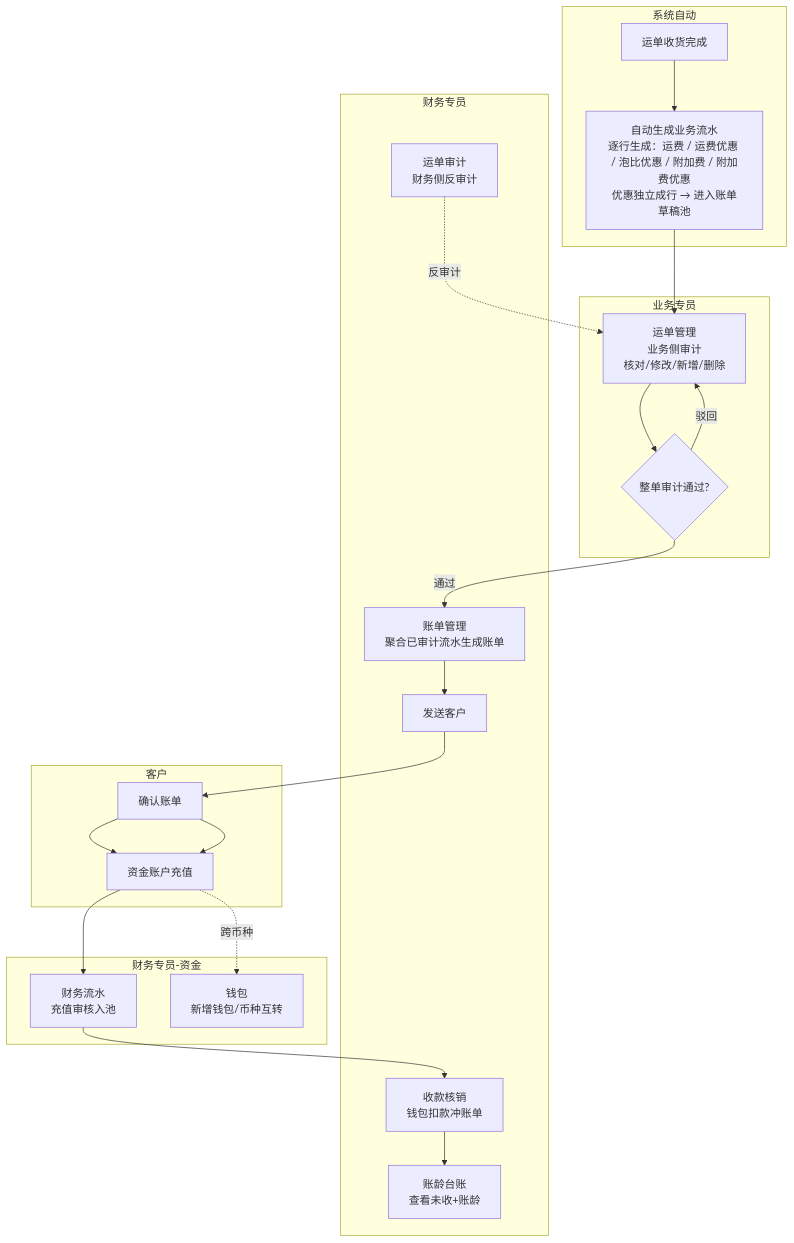
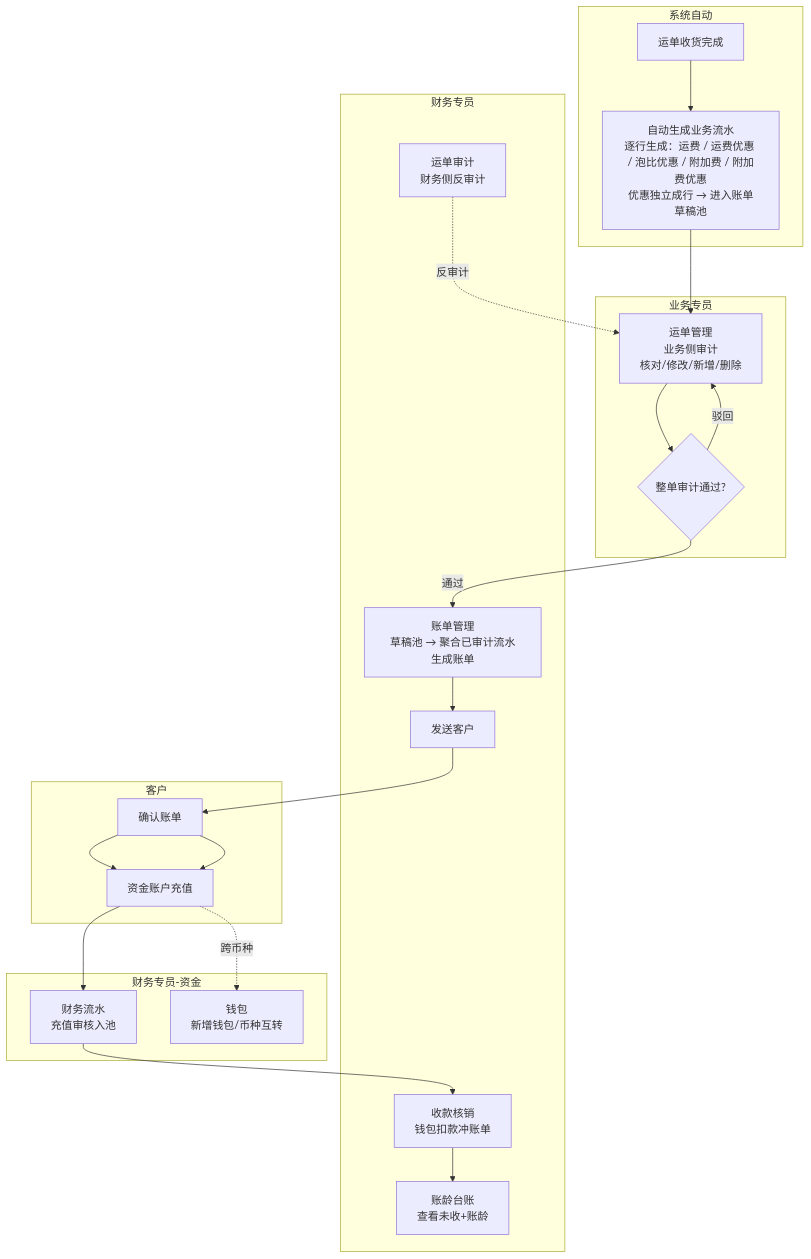
Before and after one commit to zhangwen960722/luna-daily: the first of 4 diagrams in 0-产品经理使用IDE/drafts/财务/2026-09-14-用户需求.md, drawn with Mermaid. The commit also changed other lines of this file and 41 other files, not shown here.

````diff
--- a/0-产品经理使用IDE/drafts/财务/2026-09-14-用户需求.md
+++ b/0-产品经理使用IDE/drafts/财务/2026-09-14-用户需求.md
@@ -120,30 +120,30 @@
 ```mermaid
 flowchart TD
     subgraph 系统自动
         S1[运单收货完成] --> S2[自动生成业务流水<br/>逐行生成：运费 / 运费优惠 / 泡比优惠 / 附加费 / 附加费优惠<br/>优惠独立成行 → 进入账单草稿池]
     end
     subgraph 业务专员
         B1[运单管理<br/>业务侧审计<br/>核对/修改/新增/删除] --> B2{整单审计通过?}
     end
     subgraph 财务专员
         F1[运单审计<br/>财务侧反审计]
-        F3[账单管理<br/>聚合已审计流水生成账单]
+        F3[账单管理<br/>草稿池 → 聚合已审计流水生成账单]
         F4[发送客户]
         F5[收款核销<br/>钱包扣款冲账单]
         F6[账龄台账<br/>查看未收+账龄]
     end
     subgraph 客户
         C1[确认账单] --> C2[资金账户充值]
     end
     subgraph 财务专员2[财务专员-资金]
         F7[财务流水<br/>充值审核入池]
         F8[钱包<br/>新增钱包/币种互转]
     end
     S2 --> B1
     B2 -->|通过| F3
     B2 -->|驳回| B1
     F1 -.反审计.-> B1
     F3 --> F4 --> C1 --> C2 --> F7
     F7 --> F5 --> F6
     C2 -.跨币种.-> F8
 ```
````
